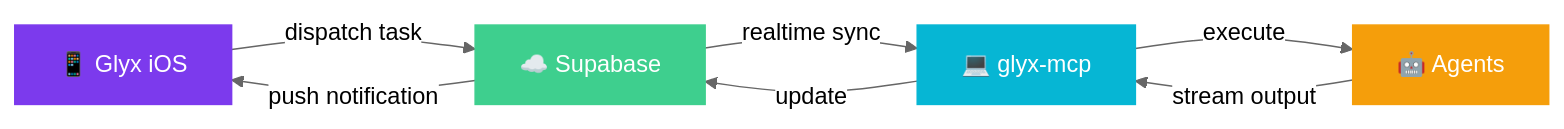
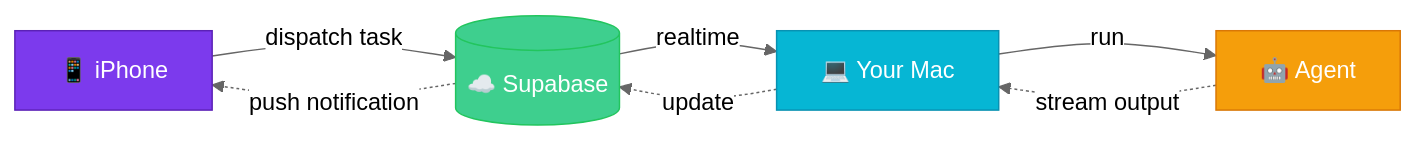
The diagram in README.md (glyx-ai/glyx-mcp), drawn with Mermaid (neutral theme) before and after one commit. The commit also changed other lines of this file, not shown here.

````diff
--- a/README.md
+++ b/README.md
@@ -78,14 +73,14 @@
 ```mermaid
 graph LR
-    A["📱 Glyx iOS"] -->|dispatch task| B["☁️ Supabase"]
-    B -->|realtime sync| C["💻 glyx-mcp"]
-    C -->|execute| D["🤖 Agents"]
-    D -->|stream output| C
-    C -->|update| B
-    B -->|push notification| A
+    A["📱 iPhone"] -- dispatch task --> B[("☁️ Supabase")]
+    B -- realtime --> C["💻 Your Mac"]
+    C -- run --> D["🤖 Agent"]
+    D -. stream output .-> C
+    C -. update .-> B
+    B -. push notification .-> A
 
-    style A fill:#7C3AED,stroke:#7C3AED,color:#fff
-    style B fill:#3ECF8E,stroke:#3ECF8E,color:#fff
-    style C fill:#06B6D4,stroke:#06B6D4,color:#fff
-    style D fill:#F59E0B,stroke:#F59E0B,color:#fff
+    style A fill:#7C3AED,stroke:#5B21B6,color:#fff
+    style B fill:#3ECF8E,stroke:#22c55e,color:#fff
+    style C fill:#06B6D4,stroke:#0891b2,color:#fff
+    style D fill:#F59E0B,stroke:#d97706,color:#fff
 ```
````
